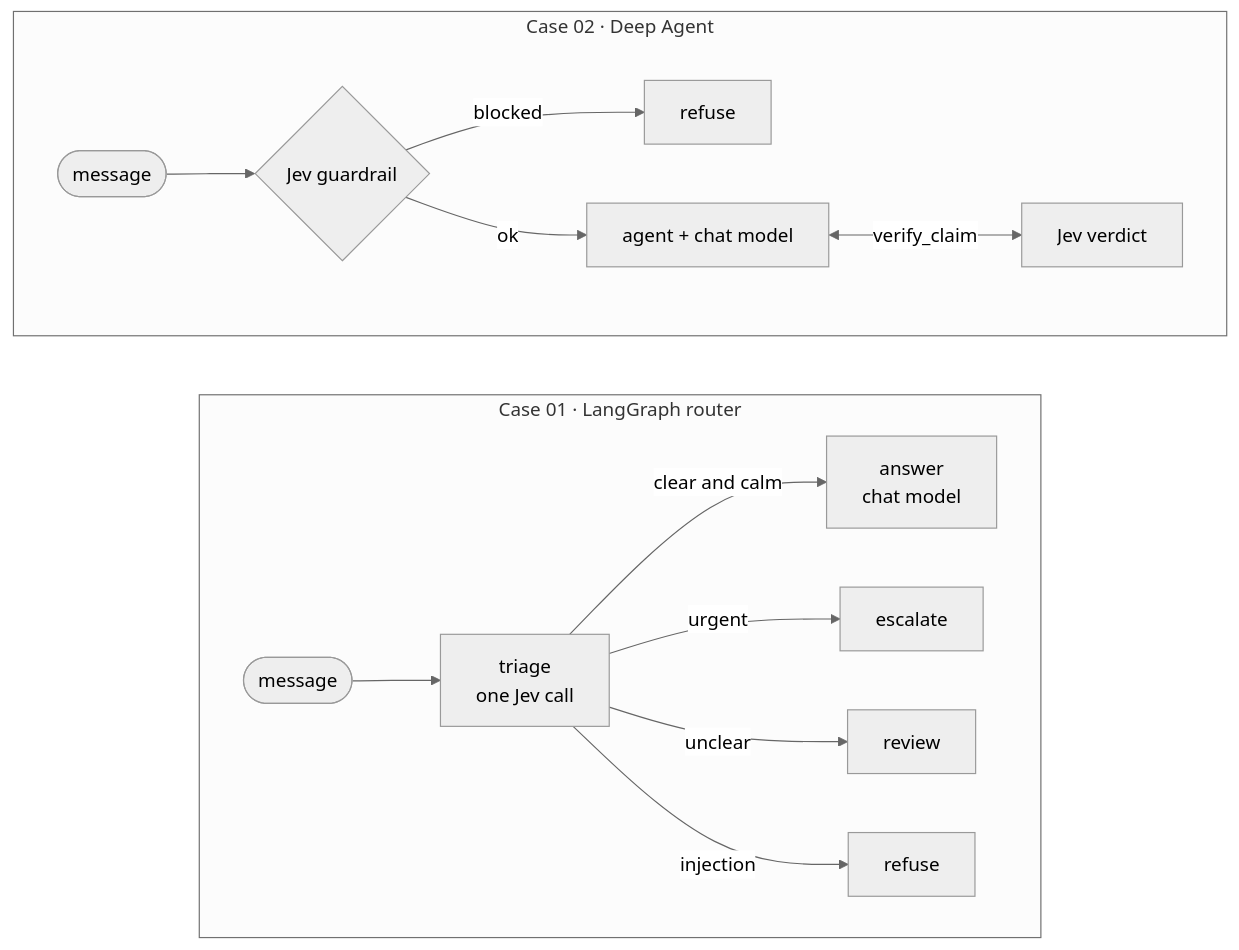
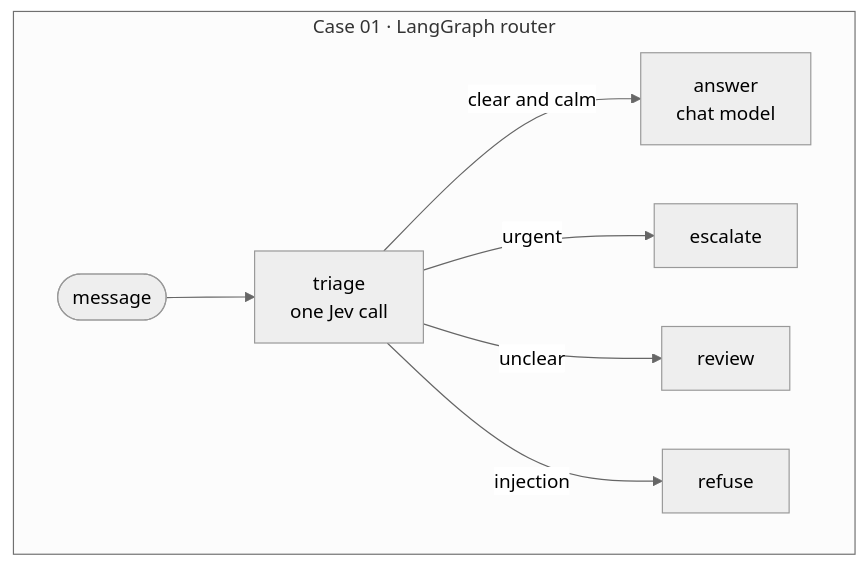
Before and after one commit to jyje/pilot-typesafeai-jev: the first of 2 diagrams in README.md, drawn with Mermaid (neutral theme). The commit also changed 4 other files, not shown here.

First line of the commit message:
📄 docs(readme): fix the overview diagram order and the Docs table header

````diff
--- a/README.md
+++ b/README.md
@@ -34,18 +34,11 @@
 ```mermaid
 flowchart LR
     subgraph C1["Case 01 · LangGraph router"]
         direction LR
         m1([message]) --> t["triage<br/>one Jev call"]
         t -->|clear and calm| a["answer<br/>chat model"]
         t -->|urgent| e[escalate]
         t -->|unclear| r[review]
         t -->|injection| f[refuse]
     end
-    subgraph C2["Case 02 · Deep Agent"]
-        direction LR
-        m2([message]) --> g{"Jev guardrail"}
-        g -->|blocked| f2[refuse]
-        g -->|ok| ag["agent + chat model"]
-        ag <-->|verify_claim| j["Jev verdict"]
-    end
 ```
````
